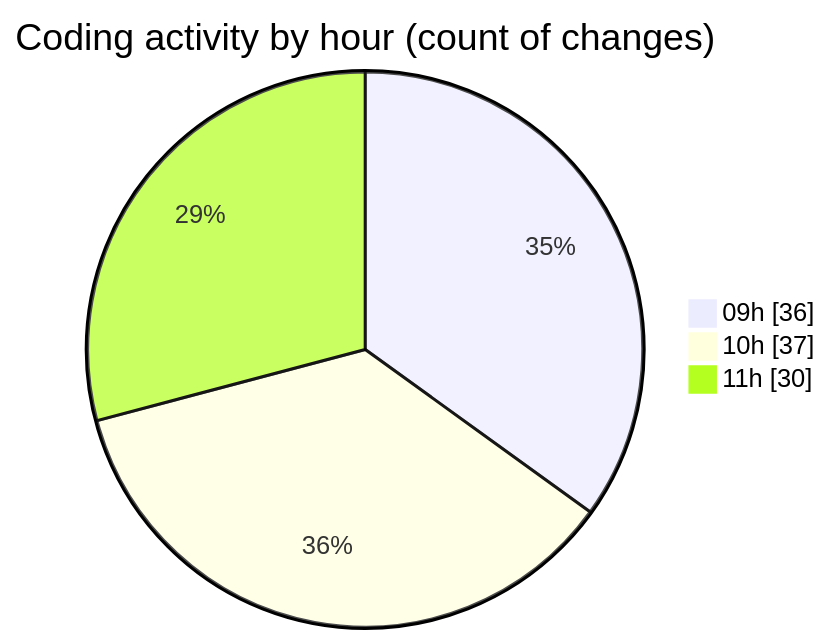
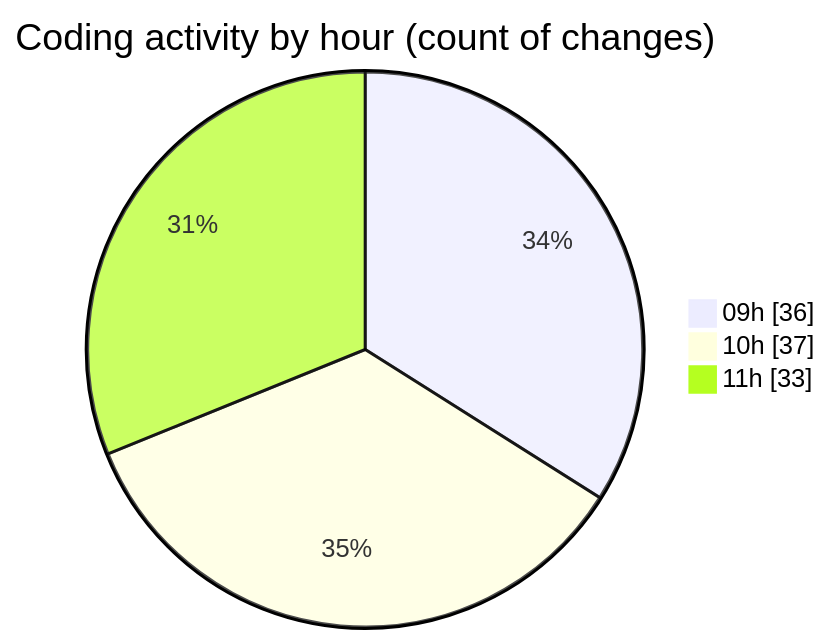
One commit to momahboobian/code-tracking changed the second of 2 diagrams in 2026-04-16/cda/README.md. Above: the diagram before and after it, drawn with Mermaid. The commit also changed other lines of this file and 1 other file, not shown here.

````diff
--- a/2026-04-16/cda/README.md
+++ b/2026-04-16/cda/README.md
@@ -31,7 +31,7 @@
 ```mermaid
 pie showData
 title Coding activity by hour (count of changes)
 "09h" : 36
 "10h" : 37
-"11h" : 30
+"11h" : 33
 ```
````
